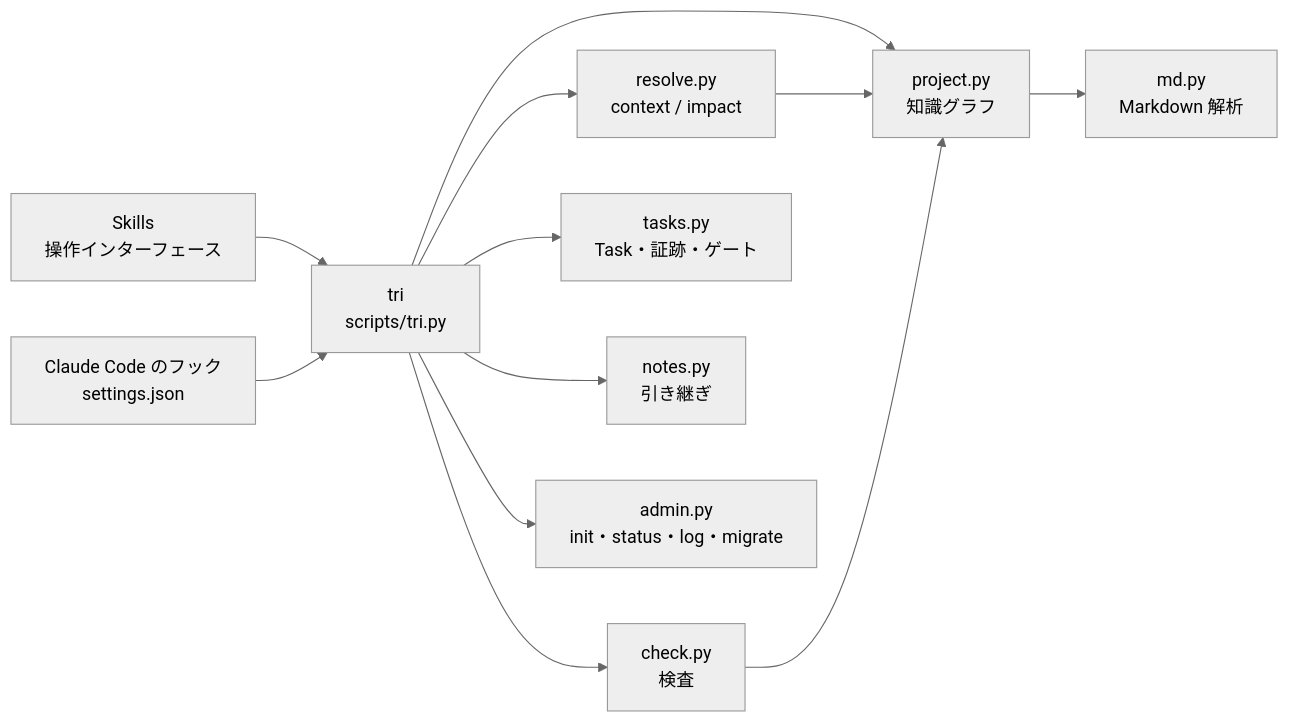
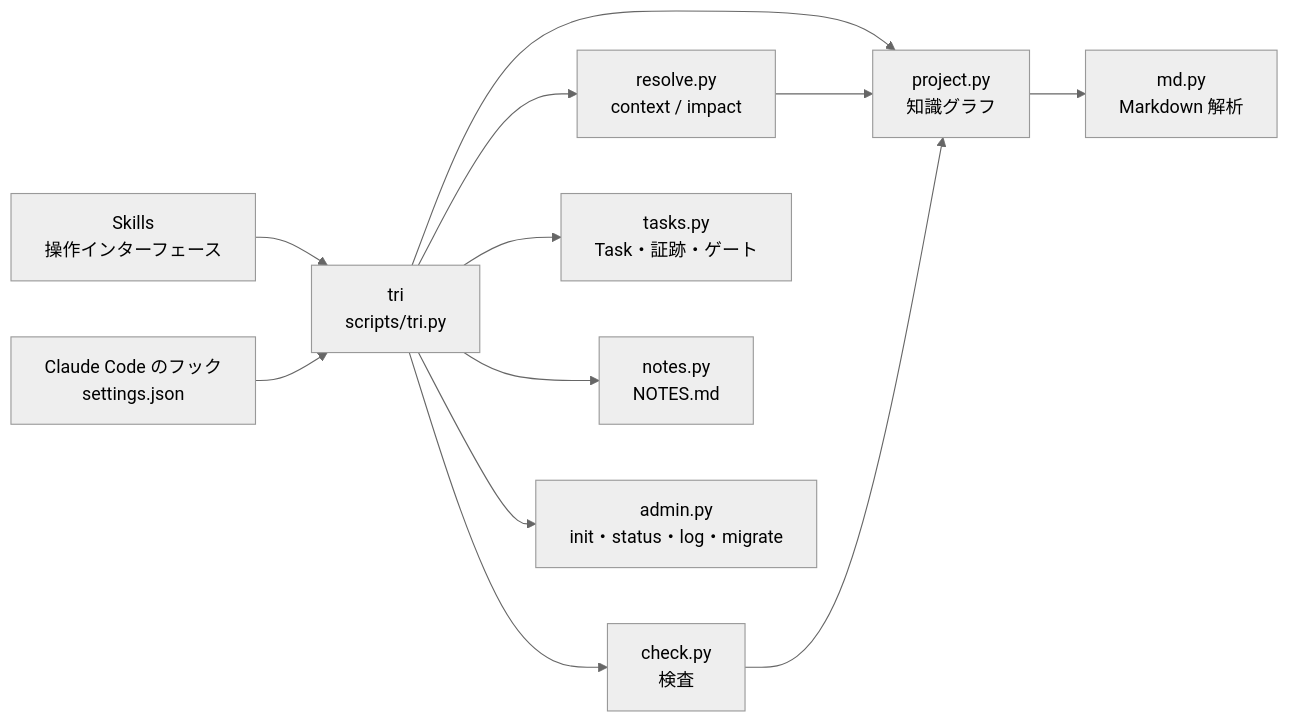
The diagram in docs/architecture.md (emanon-i/tri-ssd), drawn with Mermaid (neutral theme) before and after one commit. The commit also changed other lines of this file and 62 other files, not shown here.

````diff
--- a/docs/architecture.md
+++ b/docs/architecture.md
@@ -8,14 +8,14 @@
 ```mermaid
 flowchart LR
     Skill[Skills<br>操作インターフェース] --> CLI[tri<br>scripts/tri.py]
     Hook[Claude Code のフック<br>settings.json] --> CLI
     CLI --> Project[project.py<br>知識グラフ]
     Project --> MD[md.py<br>Markdown 解析]
     CLI --> Resolve[resolve.py<br>context / impact]
     CLI --> Check[check.py<br>検査]
     CLI --> Tasks[tasks.py<br>Task・証跡・ゲート]
-    CLI --> Notes[notes.py<br>引き継ぎ]
+    CLI --> Notes[notes.py<br>NOTES.md]
     CLI --> Admin[admin.py<br>init・status・log・migrate]
     Resolve --> Project
     Check --> Project
 ```
````
